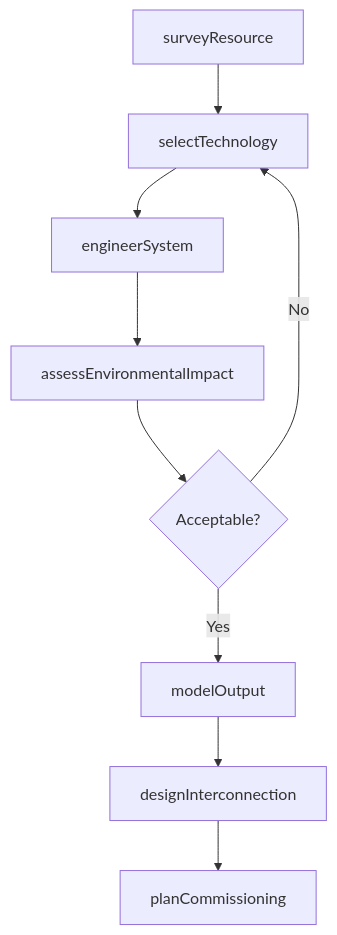
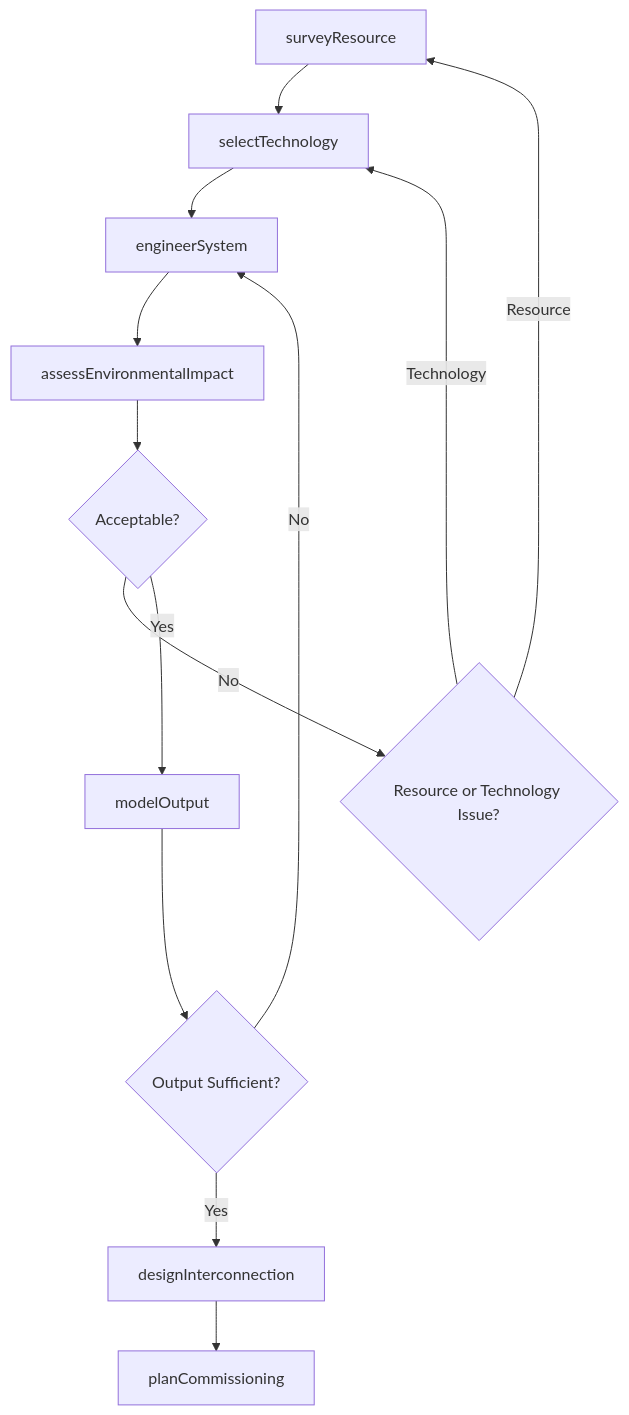
One commit to dot-org-ai/tasks.org.ai changed the third of 4 diagrams in ThinkingCreatively/DevelopSystemsOrPracticesToMitigateOrResolveEnvironmentalProblems/DesignAlternativeEnergySystems.mdx. Above: the diagram before and after it, drawn with Mermaid. The commit also changed other lines of this file and 266 other files, not shown here.

First line of the commit message:
feat: Add ER diagrams, state diagrams to wave 2 batch (251 DWA files)

````diff
--- a/ThinkingCreatively/DevelopSystemsOrPracticesToMitigateOrResolveEnvironmentalProblems/DesignAlternativeEnergySystems.mdx
+++ b/ThinkingCreatively/DevelopSystemsOrPracticesToMitigateOrResolveEnvironmentalProblems/DesignAlternativeEnergySystems.mdx
@@ -87,11 +115,15 @@
 ```mermaid
 graph TD
     A[surveyResource] --> B[selectTechnology]
     B --> C[engineerSystem]
     C --> D[assessEnvironmentalImpact]
     D --> E{Acceptable?}
-    E -->|No| B
-    E -->|Yes| F[modelOutput]
-    F --> G[designInterconnection]
-    G --> H[planCommissioning]
+    E -->|No| F{Resource or Technology Issue?}
+    F -->|Resource| A
+    F -->|Technology| B
+    E -->|Yes| G[modelOutput]
+    G --> H{Output Sufficient?}
+    H -->|No| C
+    H -->|Yes| I[designInterconnection]
+    I --> J[planCommissioning]
 ```
````
